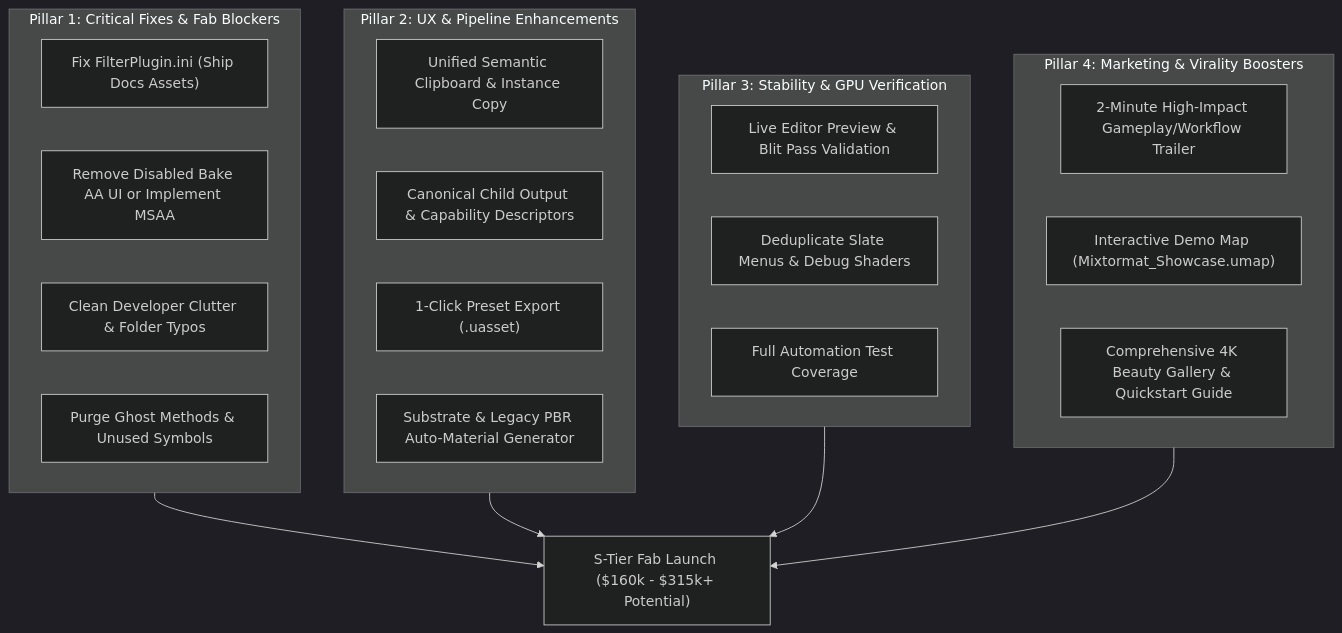
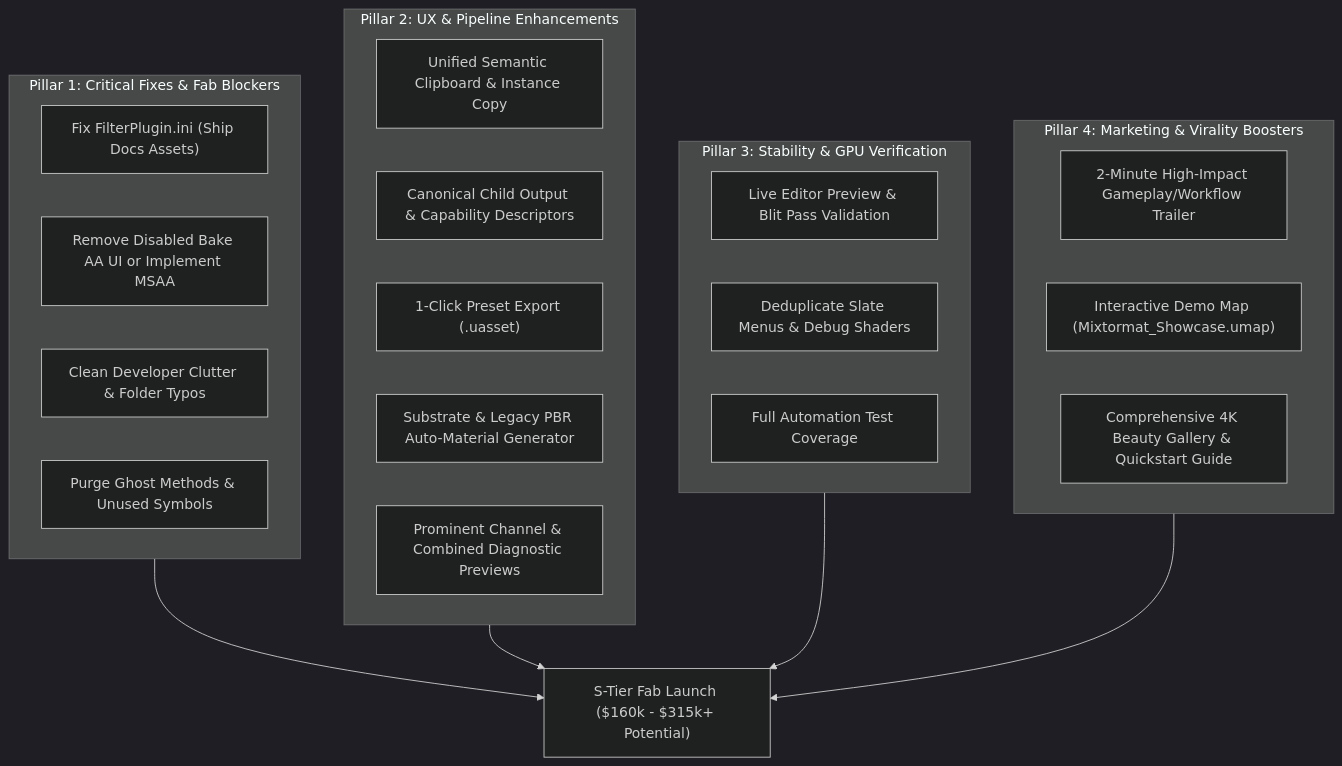
Before and after one commit to hugobeyer/matlab: the second of 10 diagrams in AgentDocs/audits/marketplacefab.md, drawn with Mermaid (dark theme). The commit also changed other lines of this file and 2 other files, not shown here.

First line of the commit message:
Add preview modes audit and hidden features roadmap

````diff
--- a/AgentDocs/audits/marketplacefab.md
+++ b/AgentDocs/audits/marketplacefab.md
@@ -103,33 +103,34 @@
 ```mermaid
 flowchart TD
     subgraph P1["Pillar 1: Critical Fixes & Fab Blockers"]
         A1["Fix FilterPlugin.ini (Ship Docs Assets)"]
         A2["Remove Disabled Bake AA UI or Implement MSAA"]
         A3["Clean Developer Clutter & Folder Typos"]
         A4["Purge Ghost Methods & Unused Symbols"]
     end
 
     subgraph P2["Pillar 2: UX & Pipeline Enhancements"]
         B1["Unified Semantic Clipboard & Instance Copy"]
         B2["Canonical Child Output & Capability Descriptors"]
         B3["1-Click Preset Export (.uasset)"]
         B4["Substrate & Legacy PBR Auto-Material Generator"]
+        B5["Prominent Channel & Combined Diagnostic Previews"]
     end
 
     subgraph P3["Pillar 3: Stability & GPU Verification"]
         C1["Live Editor Preview & Blit Pass Validation"]
         C2["Deduplicate Slate Menus & Debug Shaders"]
         C3["Full Automation Test Coverage"]
     end
 
     subgraph P4["Pillar 4: Marketing & Virality Boosters"]
         D1["2-Minute High-Impact Gameplay/Workflow Trailer"]
         D2["Interactive Demo Map (Mixtormat_Showcase.umap)"]
         D3["Comprehensive 4K Beauty Gallery & Quickstart Guide"]
     end
 
     P1 --> Launch["S-Tier Fab Launch ($160k - $315k+ Potential)"]
     P2 --> Launch
     P3 --> Launch
     P4 --> Launch
 ```
````
